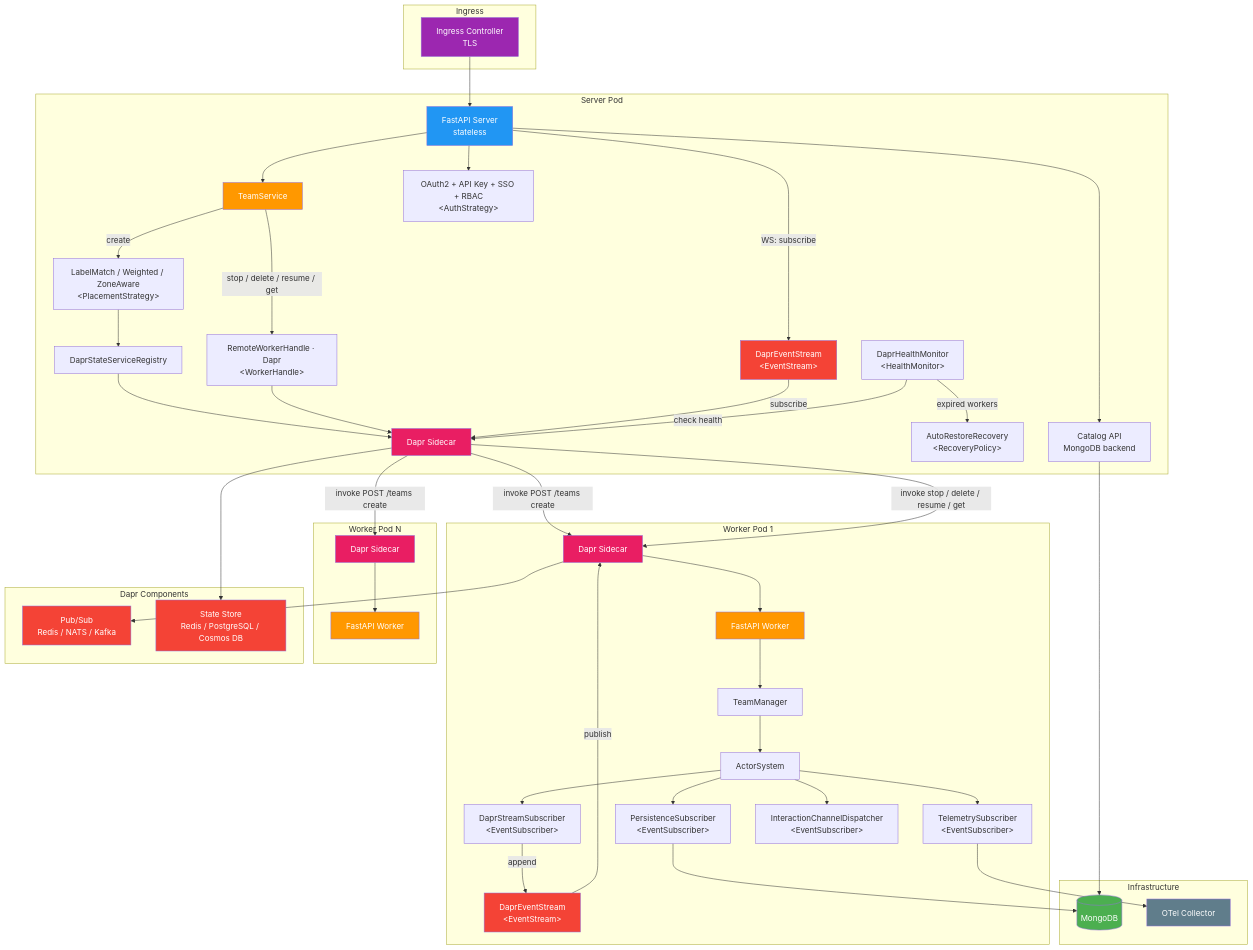
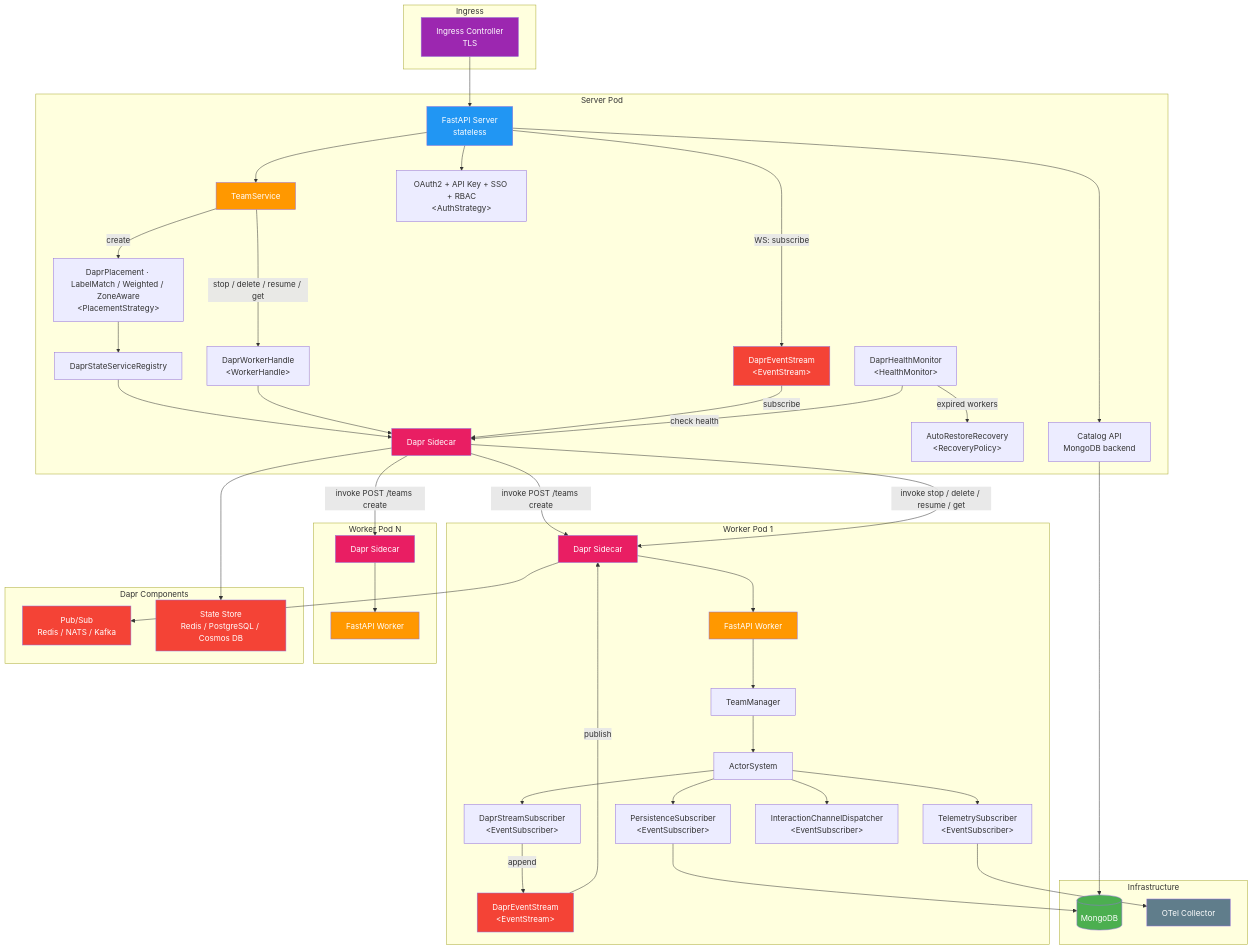
One commit to b12consulting/akgentic changed the third of 3 diagrams in README.md. Above: the diagram before and after it, drawn with Mermaid. The commit also changed other lines of this file and 53 other files, not shown here.

```diff
--- a/README.md
+++ b/README.md
@@ -186,8 +186,8 @@
         SVC_E[TeamService]
         AUTH["OAuth2 + API Key + SSO + RBAC<br/>&lt;AuthStrategy&gt;"]
         CAT[Catalog API<br/>MongoDB backend]
-        PS_SRV["LabelMatch / Weighted / ZoneAware<br/>&lt;PlacementStrategy&gt;"]
-        RWH_E["RemoteWorkerHandle · Dapr<br/>&lt;WorkerHandle&gt;"]
+        PS_SRV["DaprPlacement · LabelMatch / Weighted / ZoneAware<br/>&lt;PlacementStrategy&gt;"]
+        RWH_E["DaprWorkerHandle<br/>&lt;WorkerHandle&gt;"]
         DSR[DaprStateServiceRegistry]
         HM_E["DaprHealthMonitor<br/>&lt;HealthMonitor&gt;"]
         RP_E["AutoRestoreRecovery<br/>&lt;RecoveryPolicy&gt;"]
```
